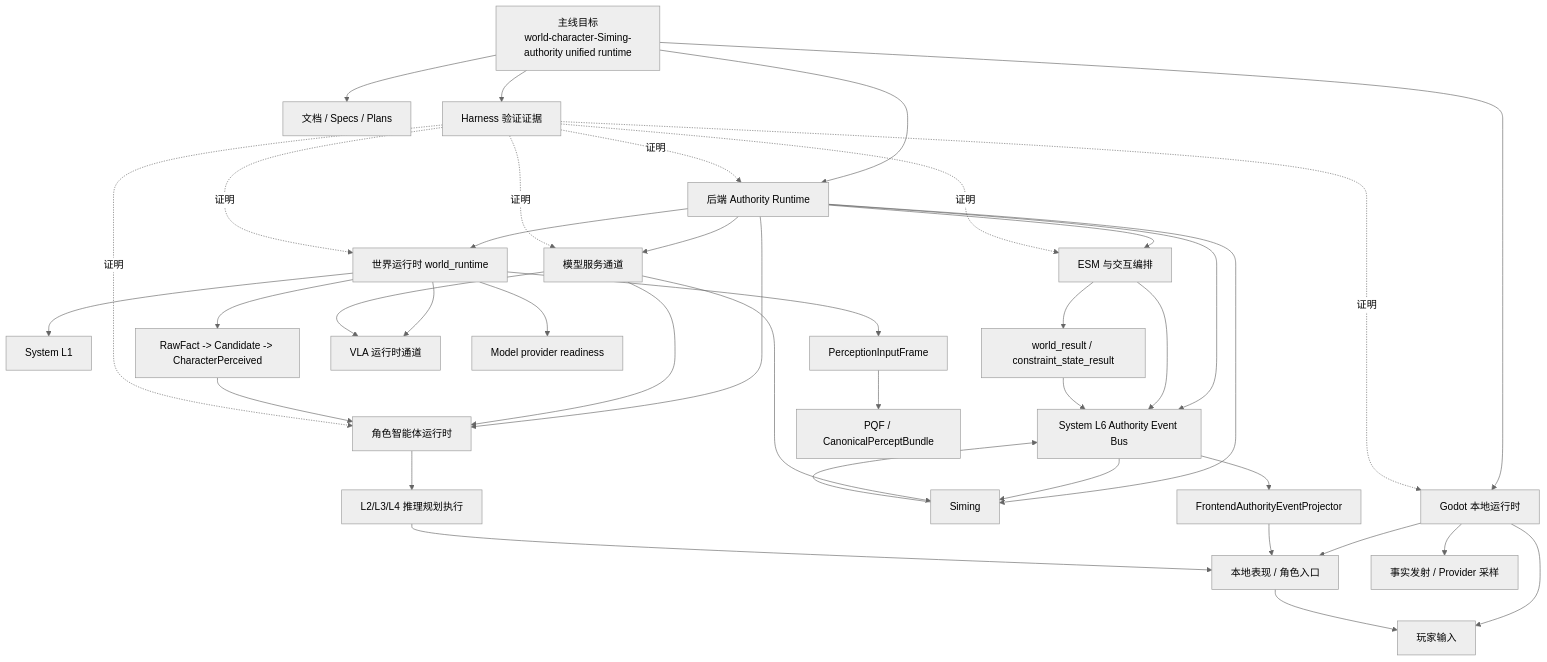
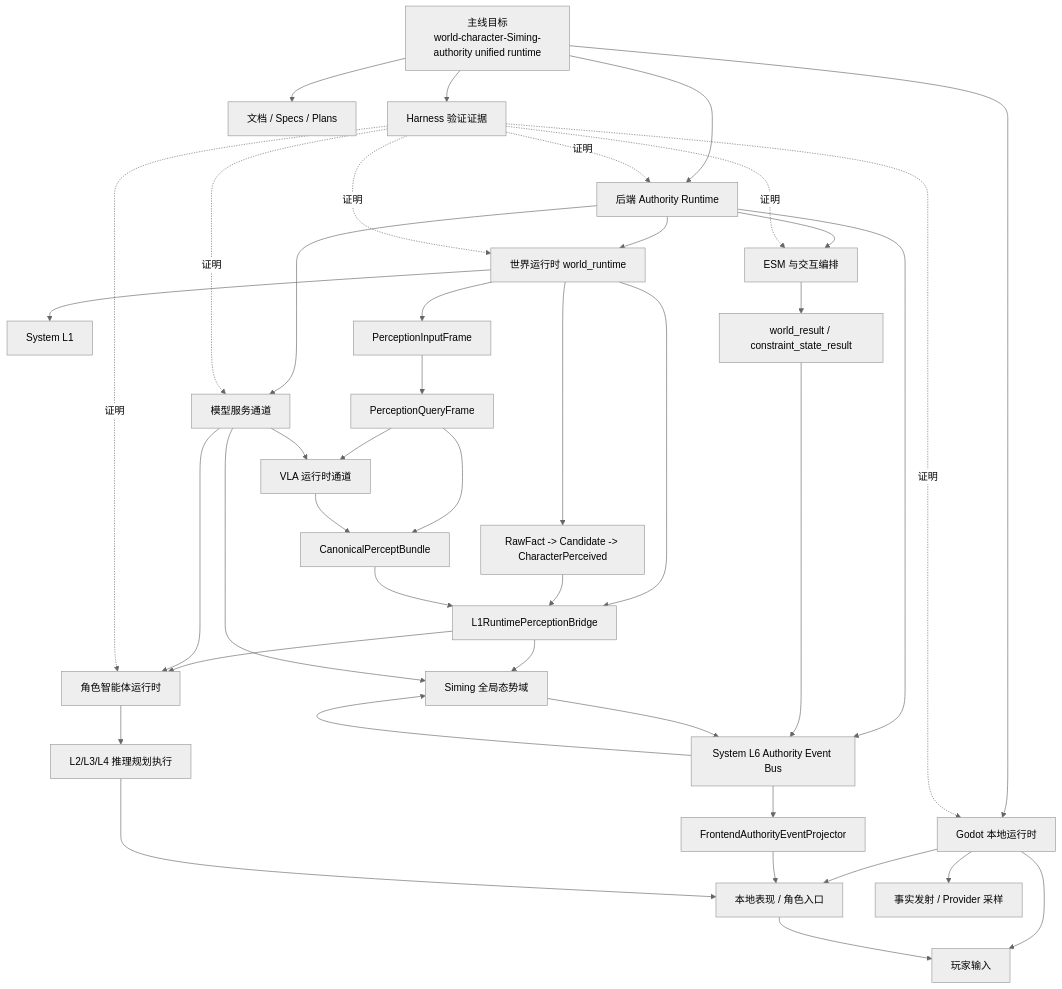
Before and after one commit to Dancing-coin/Paralls-phase0-1: the first of 3 diagrams in docs/架构/整体架构.md, drawn with Mermaid (neutral theme). The commit also changed other lines of this file and 3 other files, not shown here.

First line of the commit message:
Align the runtime architecture docs around the two-bridge model

````diff
--- a/docs/架构/整体架构.md
+++ b/docs/架构/整体架构.md
@@ -217,50 +226,53 @@
 ```mermaid
 flowchart TD
     Product[主线目标<br/>world-character-Siming-authority unified runtime]
 
     Product --> Godot[Godot 本地运行时]
     Product --> Backend[后端 Authority Runtime]
     Product --> Docs[文档 / Specs / Plans]
     Product --> Harness[Harness 验证证据]
 
     Godot --> Player[玩家输入]
     Godot --> Presentation[本地表现 / 角色入口]
     Godot --> Providers[事实发射 / Provider 采样]
 
     Backend --> WorldRuntime[世界运行时 world_runtime]
-    Backend --> Character[角色智能体运行时]
     Backend --> ESM[ESM 与交互编排]
     Backend --> L6[System L6 Authority Event Bus]
-    Backend --> Siming[Siming]
     Backend --> Model[模型服务通道]
 
     WorldRuntime --> L1[System L1]
     WorldRuntime --> FactChain[RawFact -> Candidate -> CharacterPerceived]
     WorldRuntime --> InputAlign[PerceptionInputFrame]
-    InputAlign --> PQF[PQF / CanonicalPerceptBundle]
-    WorldRuntime --> VLA[VLA 运行时通道]
-    WorldRuntime --> Readiness[Model provider readiness]
+    InputAlign --> PQF[PerceptionQueryFrame]
+    PQF --> Bundle[CanonicalPerceptBundle]
+    PQF --> VLA[VLA 运行时通道]
+    VLA --> Bundle
+    WorldRuntime --> L1Bridge[L1RuntimePerceptionBridge]
+    Model --> VLA
 
+    L1Bridge --> Character[角色智能体运行时]
+    L1Bridge --> Siming[Siming 全局态势域]
     Character --> L2L3L4[L2/L3/L4 推理规划执行]
+
     ESM --> Settlement[world_result / constraint_state_result]
-    ESM --> L6
+    Settlement --> L6
     L6 --> Siming
     Siming --> L6
     L6 --> Projection[FrontendAuthorityEventProjector]
     Model --> Character
     Model --> Siming
-    Model --> VLA
 
-    FactChain --> Character
+    FactChain --> L1Bridge
+    Bundle --> L1Bridge
     Presentation --> Player
-    Settlement --> L6
     Projection --> Presentation
     L2L3L4 --> Presentation
 
     Harness -. 证明 .-> Godot
     Harness -. 证明 .-> Backend
     Harness -. 证明 .-> WorldRuntime
     Harness -. 证明 .-> Character
     Harness -. 证明 .-> ESM
     Harness -. 证明 .-> Model
 ```
````
